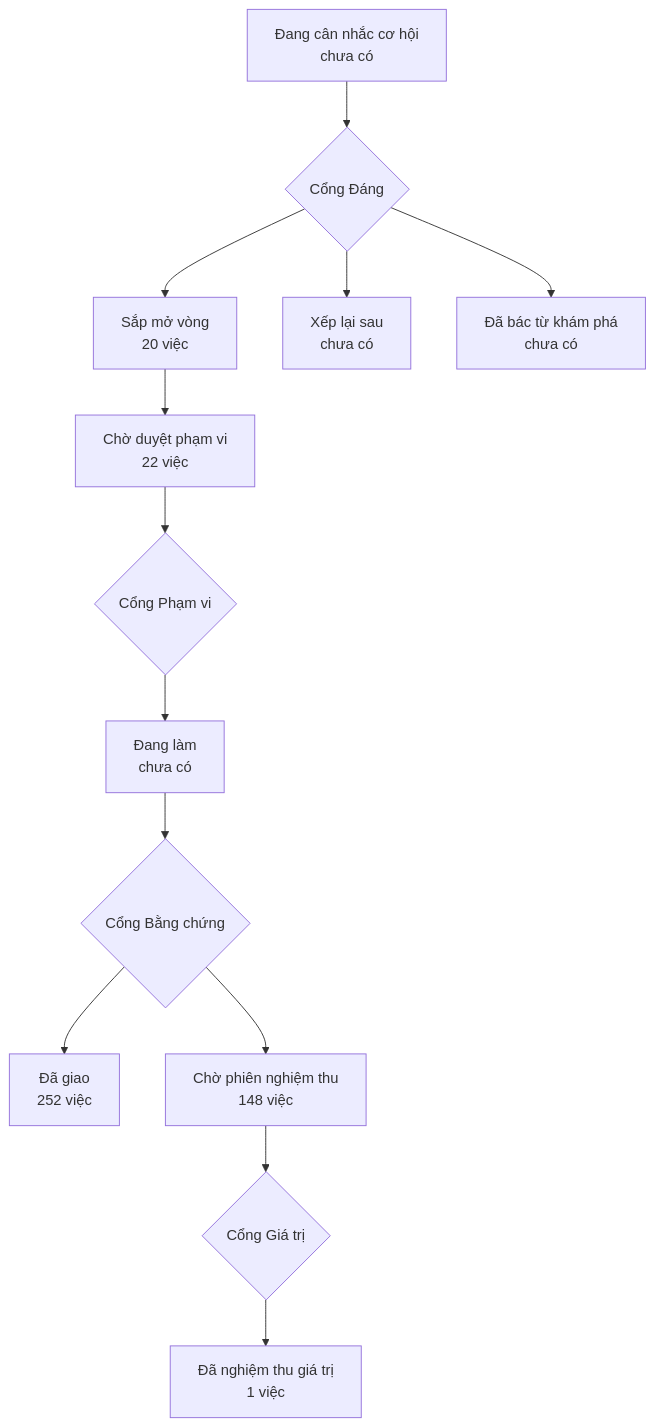
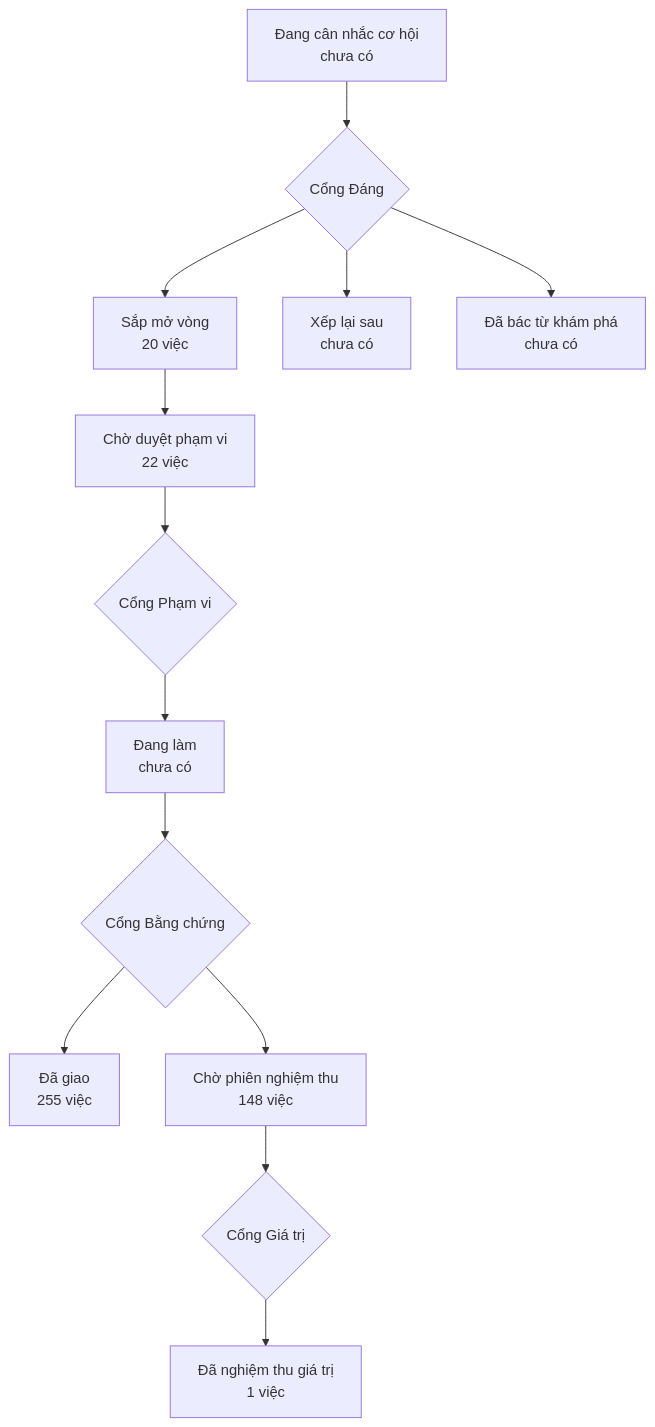
One commit to phanlemanh/onehub-invest changed the diagram in PRODUCT-MAP.md. Above: the diagram before and after it, drawn with Mermaid. The commit also changed other lines of this file and 1 other file, not shown here.

````diff
--- a/PRODUCT-MAP.md
+++ b/PRODUCT-MAP.md
@@ -7,12 +7,12 @@
 ```mermaid
 flowchart TD
   A["Đang cân nhắc cơ hội<br/>chưa có"] --> GD{"Cổng Đáng"}
   GD --> B["Sắp mở vòng<br/>20 việc"]
   GD --> XL["Xếp lại sau<br/>chưa có"]
   GD --> DB["Đã bác từ khám phá<br/>chưa có"]
   B --> CD["Chờ duyệt phạm vi<br/>22 việc"] --> GP{"Cổng Phạm vi"}
   GP --> DL["Đang làm<br/>chưa có"] --> GB{"Cổng Bằng chứng"}
-  GB --> DG["Đã giao<br/>252 việc"]
+  GB --> DG["Đã giao<br/>255 việc"]
   GB --> CN["Chờ phiên nghiệm thu<br/>148 việc"] --> GG{"Cổng Giá trị"}
   GG --> NT["Đã nghiệm thu giá trị<br/>1 việc"]
 ```
````
